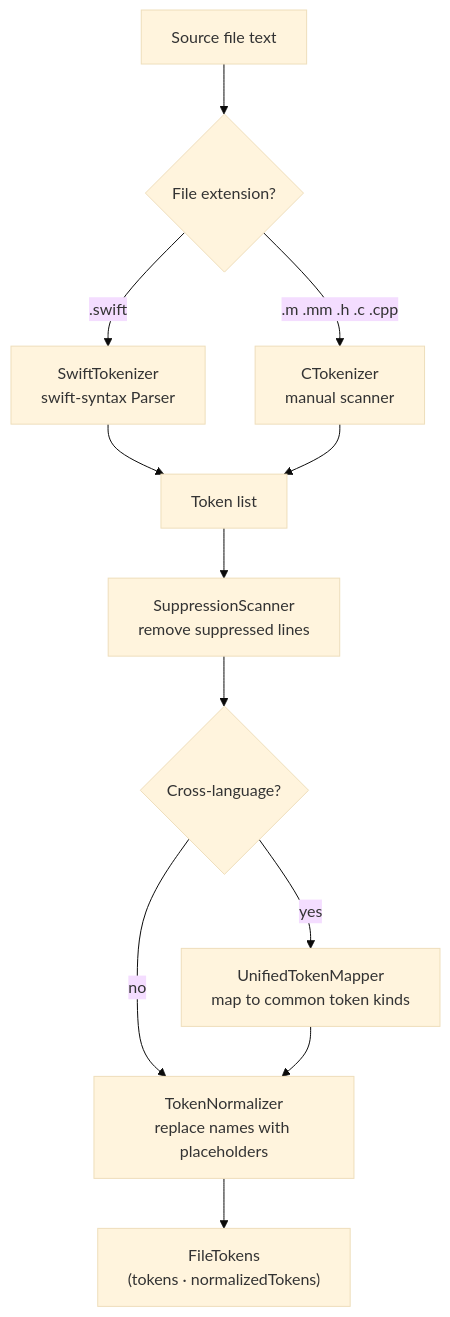
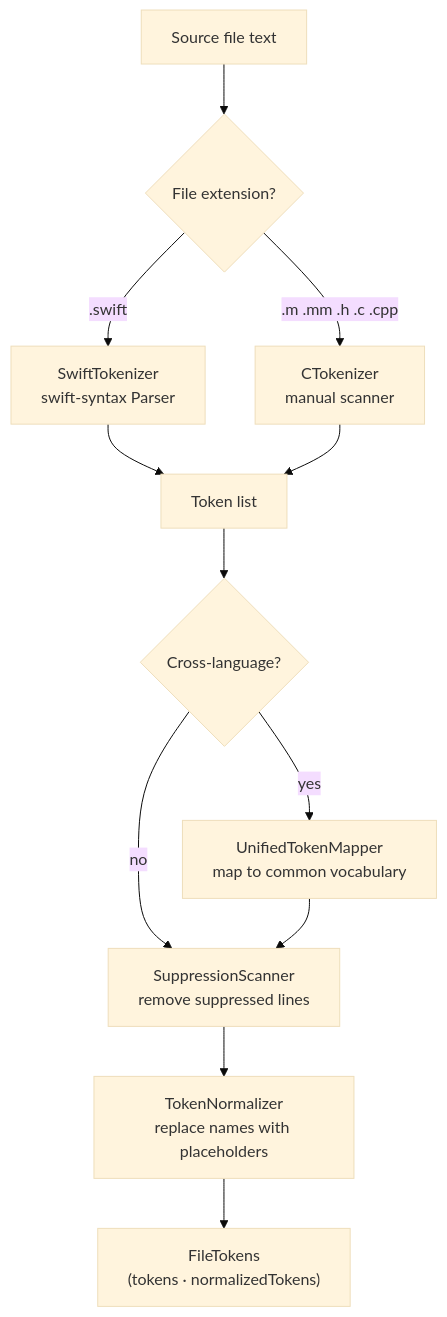
Before and after one commit to ericodx/swift-cpd: the diagram in Docs/Architecture/04-tokenization.md, drawn with Mermaid (base theme). The commit also changed other lines of this file, not shown here.

Commit message:
docs: fix the tokenization flow order, token kinds, C scanner and suppression semantics

````diff
--- a/Docs/Architecture/04-tokenization.md
+++ b/Docs/Architecture/04-tokenization.md
@@ -11,15 +11,15 @@
 ```mermaid
 flowchart TD
     SRC[Source file text]
     SRC --> SW{File extension?}
     SW -- .swift --> ST[SwiftTokenizer<br/>swift-syntax Parser]
     SW -- .m .mm .h .c .cpp --> CT[CTokenizer<br/>manual scanner]
     ST --> TK[Token list]
     CT --> TK
-    TK --> SS[SuppressionScanner<br/>remove suppressed lines]
-    SS --> UM{Cross-language?}
-    UM -- yes --> MP[UnifiedTokenMapper<br/>map to common token kinds]
-    UM -- no --> NM[TokenNormalizer<br/>replace names with placeholders]
-    MP --> NM
+    TK --> UM{Cross-language?}
+    UM -- yes --> MP[UnifiedTokenMapper<br/>map to common vocabulary]
+    UM -- no --> SS
+    MP --> SS[SuppressionScanner<br/>remove suppressed lines]
+    SS --> NM[TokenNormalizer<br/>replace names with placeholders]
     NM --> FT["FileTokens<br/>(tokens · normalizedTokens)"]
 ```
````
